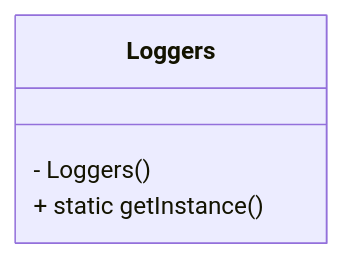
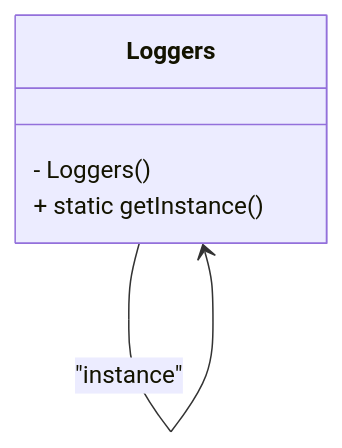
Before and after one commit to Theml/Singleton: the second of 2 diagrams in README.md, drawn with Mermaid. The commit also changed other lines of this file, not shown here.

Commit message:
Update README.md
Ajustando detalhe de auto referencia presenciada no padrão singleton

````diff
--- a/README.md
+++ b/README.md
@@ -21,7 +22,8 @@
 ```mermaid
 classDiagram
   class Loggers{
     - Loggers()
     + static getInstance()
 }
+Loggers --> Loggers : "instance"
 ```
````
